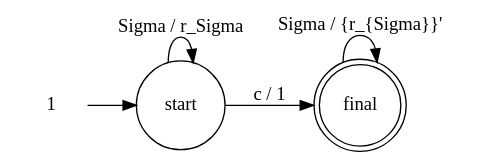
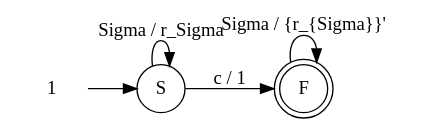
The diagram in something_c_something_simplified.dot (amandasystems/incremental-parikh-images), drawn with Graphviz before and after one commit. The commit also changed 14 other files, not shown here.

```diff
--- a/something_c_something_simplified.dot
+++ b/something_c_something_simplified.dot
@@ -1,9 +1,9 @@
 digraph Automaton {rankdir = LR;
 initial [shape=plaintext,label="1"];
 initial -> start;
-start [shape=circle,label="start"];
+start [shape=circle,label="S"];
 start -> start [label="\Sigma / r_\Sigma"]
 start -> final [label="c / 1"]
-final [shape=doublecircle,label="final"];
+final [shape=doublecircle,label="F"];
 final -> final [label="\Sigma / {r_{\Sigma}}'"]
 }
```
